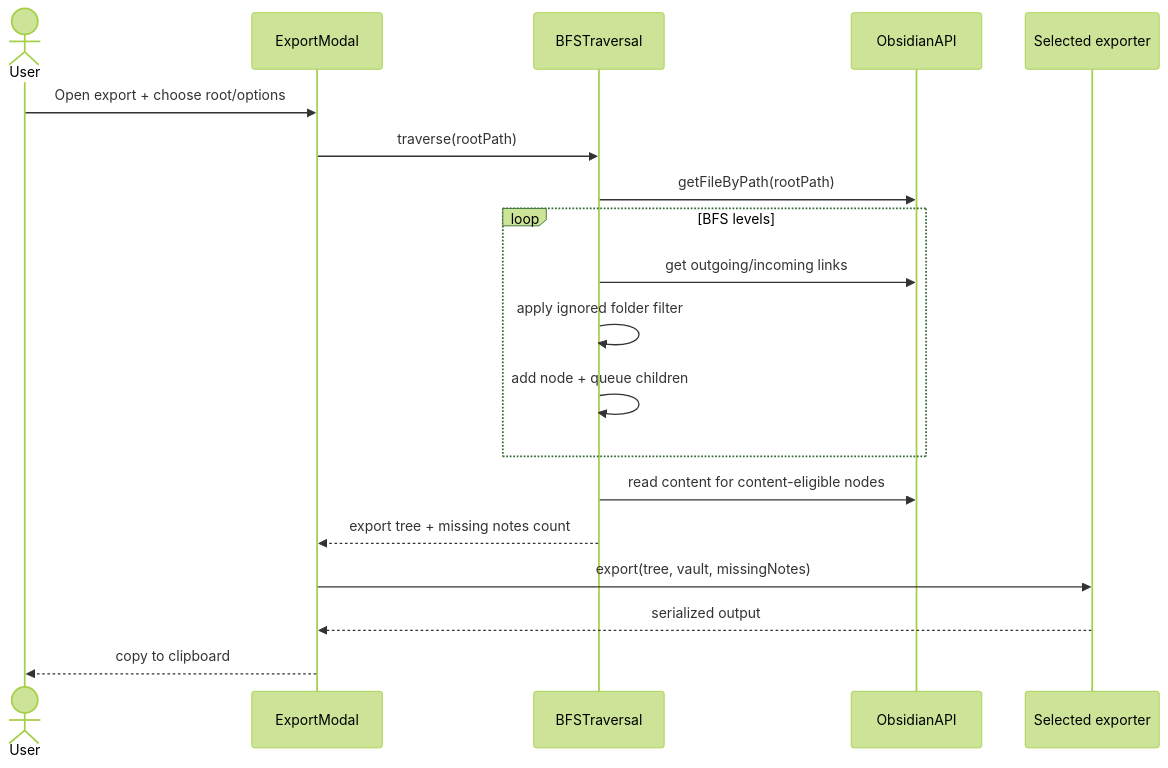
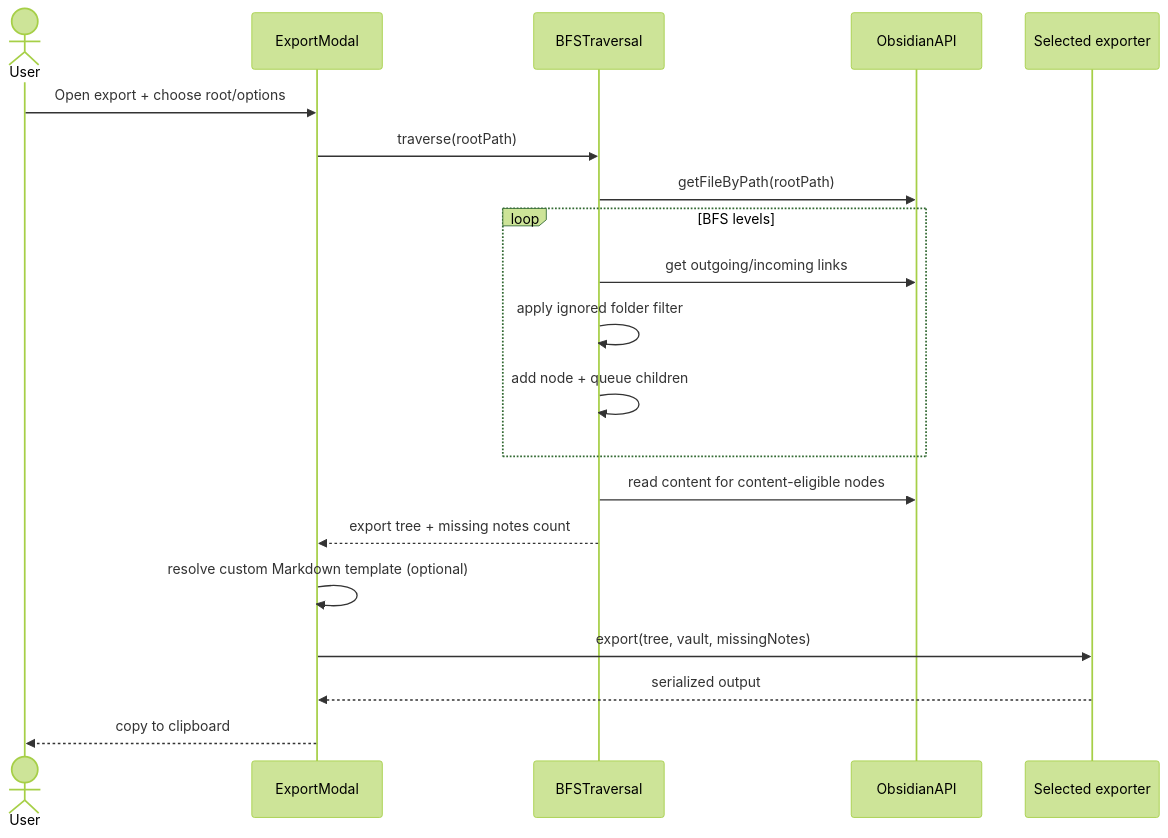
One commit to LittleHaku/obsidian-smart-export changed the first of 3 diagrams in docs/export-architecture.md. Above: the diagram before and after it, drawn with Mermaid (forest theme). The commit also changed other lines of this file and 14 other files, not shown here.

````diff
--- a/docs/export-architecture.md
+++ b/docs/export-architecture.md
@@ -20,22 +21,23 @@
 ```mermaid
 sequenceDiagram
     actor User
     participant Modal as ExportModal
     participant Traversal as BFSTraversal
     participant API as ObsidianAPI
     participant Exporter as Selected exporter
 
     User->>Modal: Open export + choose root/options
     Modal->>Traversal: traverse(rootPath)
     Traversal->>API: getFileByPath(rootPath)
     loop BFS levels
         Traversal->>API: get outgoing/incoming links
         Traversal->>Traversal: apply ignored folder filter
         Traversal->>Traversal: add node + queue children
     end
     Traversal->>API: read content for content-eligible nodes
     Traversal-->>Modal: export tree + missing notes count
+    Modal->>Modal: resolve custom Markdown template (optional)
     Modal->>Exporter: export(tree, vault, missingNotes)
     Exporter-->>Modal: serialized output
     Modal-->>User: copy to clipboard
 ```
````
